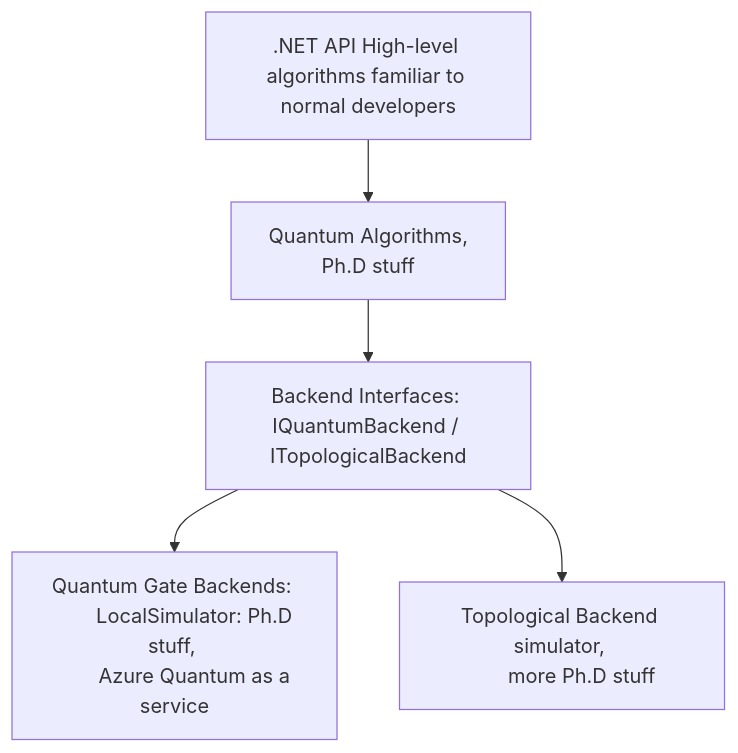
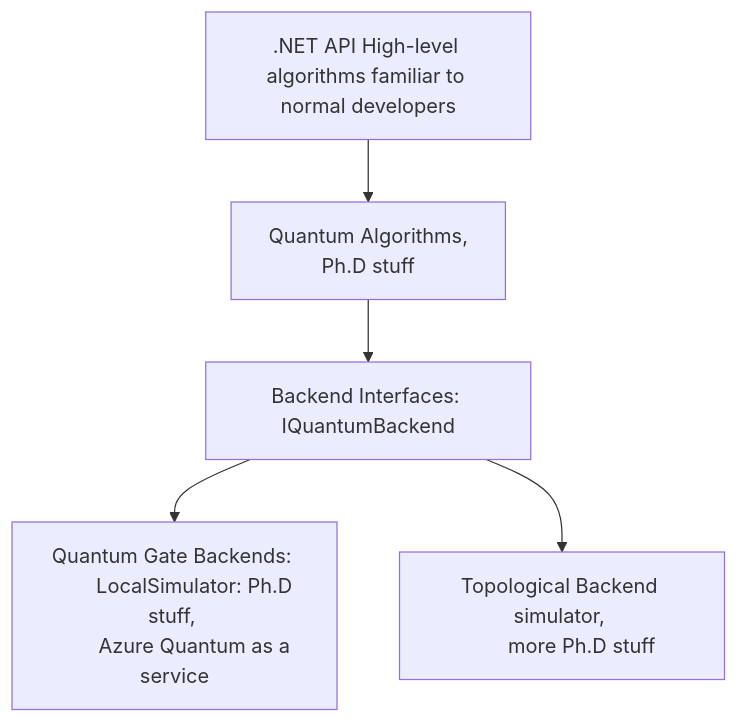
The first of 2 diagrams in README.md (Thorium/FSharp.Azure.Quantum), drawn with Mermaid before and after one commit. The commit also changed other lines of this file, not shown here.

````diff
--- a/README.md
+++ b/README.md
@@ -8,28 +8,28 @@
 ```mermaid
 flowchart TD
 
     %% Top layer
     A[.NET API High-level algorithms familiar to normal developers]
 
     %% Quantum algorithms
     B[Quantum Algorithms, 
        Ph.D stuff]
 
     %% Backend interfaces
-    C[Backend Interfaces: IQuantumBackend / ITopologicalBackend]
+    C[Backend Interfaces: IQuantumBackend]
 
     %% Quantum Gate Backends
     D[Quantum Gate Backends: 
         LocalSimulator: Ph.D stuff, 
         Azure Quantum as a service]
 
 
     %% Topological Backends
     E[Topological Backend simulator, 
        more Ph.D stuff]
 
     %% Flow
     A --> B --> C
     C --> D
     C --> E
 ```
````
